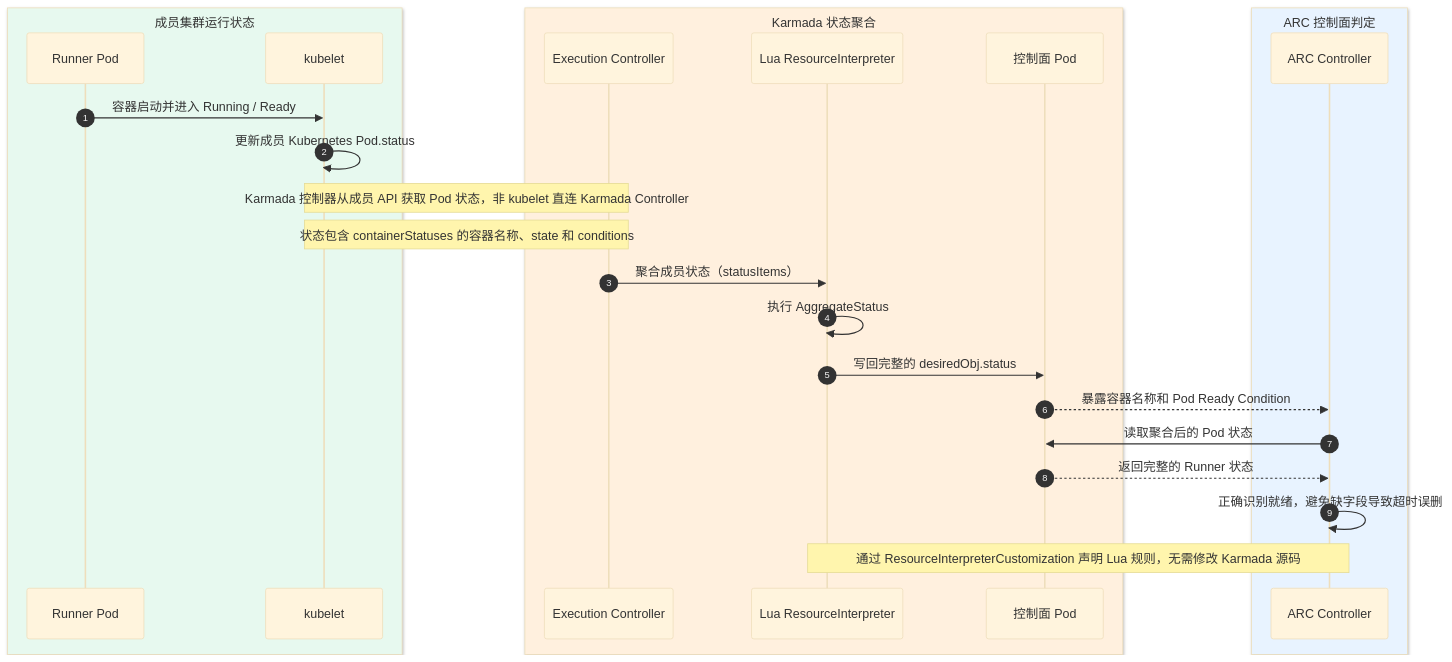
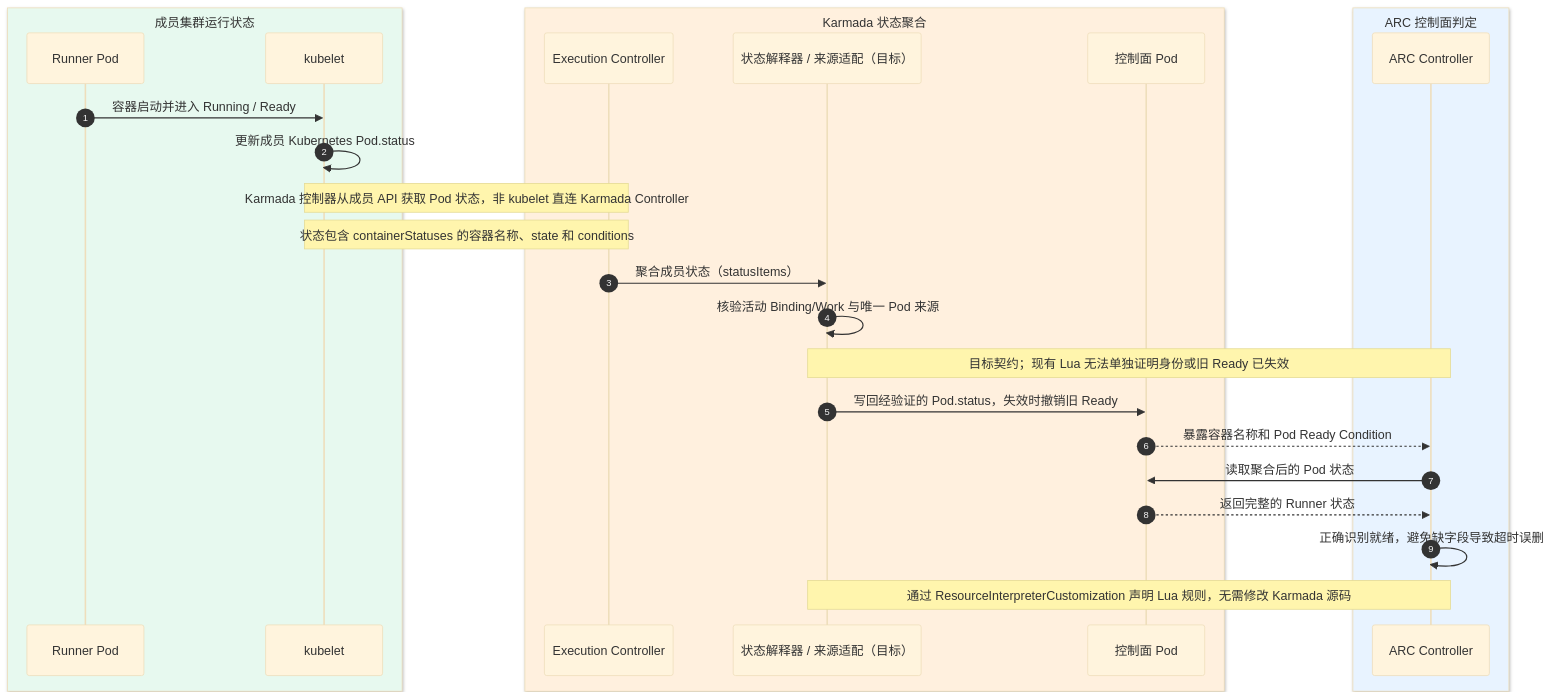
Diagram 15 of 18 in docs/ASCEND-CI-FEDERATED-CLUSTER-FUNCTIONAL-DESIGN.md (pkking/arc-karmada-test), drawn with Mermaid (base theme) before and after one commit. The commit also changed other lines of this file and 2 other files, not shown here.

````diff
--- a/docs/ASCEND-CI-FEDERATED-CLUSTER-FUNCTIONAL-DESIGN.md
+++ b/docs/ASCEND-CI-FEDERATED-CLUSTER-FUNCTIONAL-DESIGN.md
@@ -1837,29 +1866,30 @@
 ```mermaid
 sequenceDiagram
     autonumber
     box rgb(231,249,239) 成员集群运行状态
         participant Pod as Runner Pod
         participant Kubelet as kubelet
     end
     box rgb(255,240,222) Karmada 状态聚合
         participant EC as Execution Controller
-        participant RI as Lua ResourceInterpreter
+        participant RI as 状态解释器 / 来源适配（目标）
         participant CP as 控制面 Pod
     end
     box rgb(232,243,255) ARC 控制面判定
         participant ARC as ARC Controller
     end
 
     Pod->>Kubelet: 容器启动并进入 Running / Ready
     Kubelet->>Kubelet: 更新成员 Kubernetes Pod.status
     Note over Kubelet,EC: Karmada 控制器从成员 API 获取 Pod 状态，非 kubelet 直连 Karmada Controller
     Note over Kubelet,EC: 状态包含 containerStatuses 的容器名称、state 和 conditions
     EC->>RI: 聚合成员状态（statusItems）
-    RI->>RI: 执行 AggregateStatus
-    RI->>CP: 写回完整的 desiredObj.status
+    RI->>RI: 核验活动 Binding/Work 与唯一 Pod 来源
+    Note over RI,ARC: 目标契约；现有 Lua 无法单独证明身份或旧 Ready 已失效
+    RI->>CP: 写回经验证的 Pod.status，失效时撤销旧 Ready
     CP-->>ARC: 暴露容器名称和 Pod Ready Condition
     ARC->>CP: 读取聚合后的 Pod 状态
     CP-->>ARC: 返回完整的 Runner 状态
     ARC->>ARC: 正确识别就绪，避免缺字段导致超时误删
     Note over RI,ARC: 通过 ResourceInterpreterCustomization 声明 Lua 规则，无需修改 Karmada 源码
 ```
````
